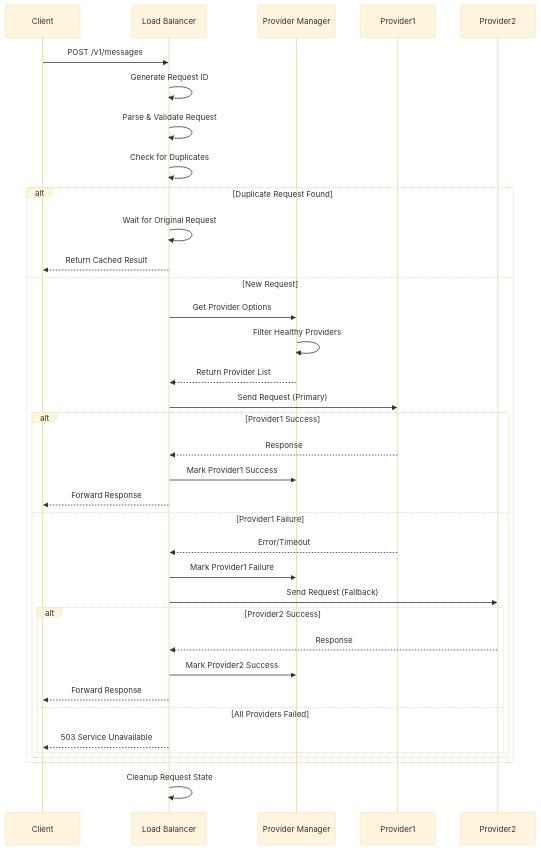
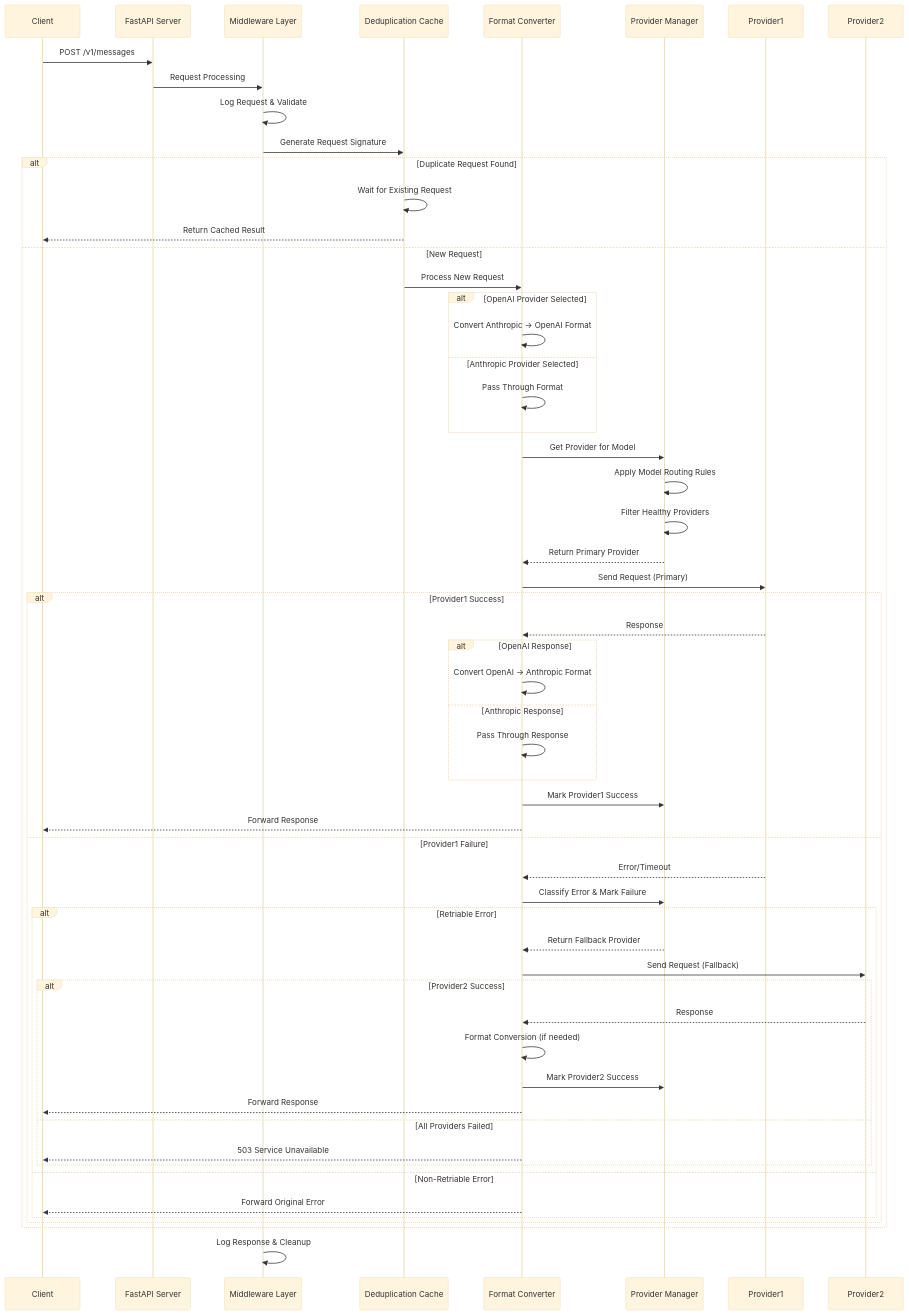
The second of 10 diagrams in docs/architecture-diagrams.md (zkytech/claude-code-provider-balancer), drawn with Mermaid (base theme) before and after one commit. The commit also changed other lines of this file and 5 other files, not shown here.

````diff
--- a/docs/architecture-diagrams.md
+++ b/docs/architecture-diagrams.md
@@ -52,44 +82,71 @@
 ```mermaid
 sequenceDiagram
     participant Client
-    participant LoadBalancer as Load Balancer
+    participant FastAPI as FastAPI Server
+    participant Middleware as Middleware Layer
+    participant Dedup as Deduplication Cache
+    participant Converter as Format Converter
     participant ProviderMgr as Provider Manager
     participant Provider1
     participant Provider2
     
-    Client->>LoadBalancer: POST /v1/messages
-    LoadBalancer->>LoadBalancer: Generate Request ID
-    LoadBalancer->>LoadBalancer: Parse & Validate Request
-    LoadBalancer->>LoadBalancer: Check for Duplicates
+    Client->>FastAPI: POST /v1/messages
+    FastAPI->>Middleware: Request Processing
+    Middleware->>Middleware: Log Request & Validate
+    Middleware->>Dedup: Generate Request Signature
     
     alt Duplicate Request Found
-        LoadBalancer->>LoadBalancer: Wait for Original Request
-        LoadBalancer-->>Client: Return Cached Result
+        Dedup->>Dedup: Wait for Existing Request
+        Dedup-->>Client: Return Cached Result
     else New Request
-        LoadBalancer->>ProviderMgr: Get Provider Options
+        Dedup->>Converter: Process New Request
+        
+        alt OpenAI Provider Selected
+            Converter->>Converter: Convert Anthropic → OpenAI Format
+        else Anthropic Provider Selected
+            Converter->>Converter: Pass Through Format
+        end
+        
+        Converter->>ProviderMgr: Get Provider for Model
+        ProviderMgr->>ProviderMgr: Apply Model Routing Rules
         ProviderMgr->>ProviderMgr: Filter Healthy Providers
-        ProviderMgr-->>LoadBalancer: Return Provider List
+        ProviderMgr-->>Converter: Return Primary Provider
         
-        LoadBalancer->>Provider1: Send Request (Primary)
+        Converter->>Provider1: Send Request (Primary)
         
         alt Provider1 Success
-            Provider1-->>LoadBalancer: Response
-            LoadBalancer->>ProviderMgr: Mark Provider1 Success
-            LoadBalancer-->>Client: Forward Response
+            Provider1-->>Converter: Response
+            
+            alt OpenAI Response
+                Converter->>Converter: Convert OpenAI → Anthropic Format
+            else Anthropic Response
+                Converter->>Converter: Pass Through Response
+            end
+            
+            Converter->>ProviderMgr: Mark Provider1 Success
+            Converter-->>Client: Forward Response
+            
         else Provider1 Failure
-            Provider1-->>LoadBalancer: Error/Timeout
-            LoadBalancer->>ProviderMgr: Mark Provider1 Failure
-            LoadBalancer->>Provider2: Send Request (Fallback)
+            Provider1-->>Converter: Error/Timeout
+            Converter->>ProviderMgr: Classify Error & Mark Failure
             
-            alt Provider2 Success
-                Provider2-->>LoadBalancer: Response
-                LoadBalancer->>ProviderMgr: Mark Provider2 Success
-                LoadBalancer-->>Client: Forward Response
-            else All Providers Failed
-                LoadBalancer-->>Client: 503 Service Unavailable
+            alt Retriable Error
+                ProviderMgr-->>Converter: Return Fallback Provider
+                Converter->>Provider2: Send Request (Fallback)
+                
+                alt Provider2 Success
+                    Provider2-->>Converter: Response
+                    Converter->>Converter: Format Conversion (if needed)
+                    Converter->>ProviderMgr: Mark Provider2 Success
+                    Converter-->>Client: Forward Response
+                else All Providers Failed
+                    Converter-->>Client: 503 Service Unavailable
+                end
+            else Non-Retriable Error
+                Converter-->>Client: Forward Original Error
             end
         end
     end
     
-    LoadBalancer->>LoadBalancer: Cleanup Request State
+    Middleware->>Middleware: Log Response & Cleanup
 ```
````
